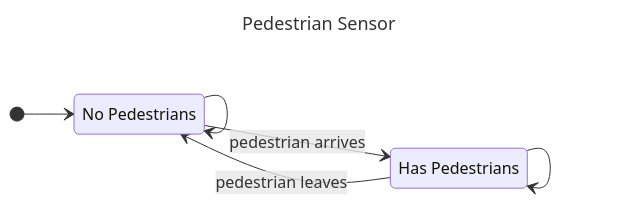
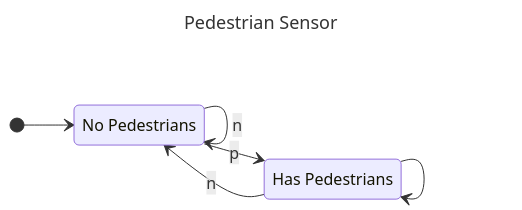
One commit to VinayakFia/Obsidian changed the fourth of 6 diagrams in COMP3153/System Model - Vinayak Fialok.md. Above: the diagram before and after it, drawn with Mermaid. The commit also changed other lines of this file, not shown here.

Commit message:
vault backup: 2024-09-18 08:12:54

````diff
--- a/COMP3153/System Model - Vinayak Fialok.md
+++ b/COMP3153/System Model - Vinayak Fialok.md
@@ -85,16 +85,16 @@
 ```mermaid
 ---
 title: Pedestrian Sensor
 ---
 stateDiagram-v2
 	direction LR
 	n: No Pedestrians
 	p: Has Pedestrians
 	[*] --> n
-	n --> n
-	n --> p : pedestrian arrives
-	p --> n : pedestrian leaves
+	n --> n : n
+	n --> p : p
+	p --> n : n
 	p --> p : pedestrian arrives
 	p --> p : pedestrian leaves
 	p --> p
 ```
````
